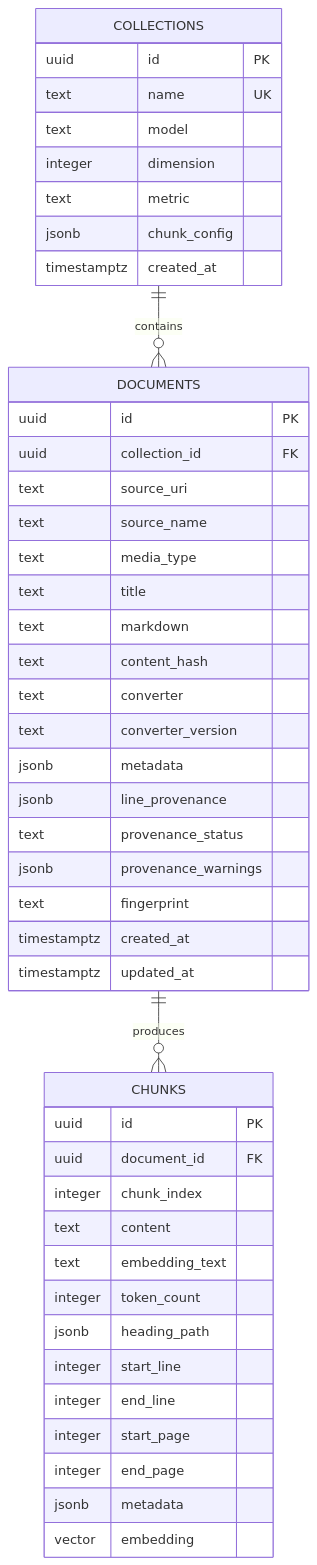
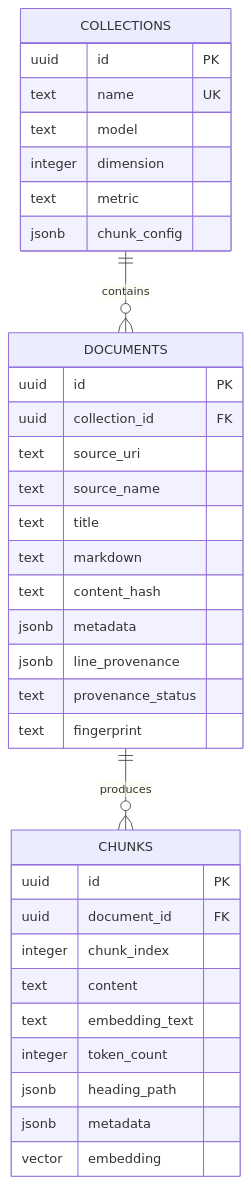
One commit to FranRguezCer/RAGLab changed the second of 4 diagrams in README.md. Above: the diagram before and after it, drawn with Mermaid. The commit also changed other lines of this file and 1 other file, not shown here.

````diff
--- a/README.md
+++ b/README.md
@@ -462,51 +65,37 @@
 ```mermaid
 erDiagram
     COLLECTIONS ||--o{ DOCUMENTS : contains
     DOCUMENTS ||--o{ CHUNKS : produces
-
     COLLECTIONS {
         uuid id PK
         text name UK
         text model
         integer dimension
         text metric
         jsonb chunk_config
-        timestamptz created_at
     }
-
     DOCUMENTS {
         uuid id PK
         uuid collection_id FK
         text source_uri
         text source_name
-        text media_type
         text title
         text markdown
         text content_hash
-        text converter
-        text converter_version
         jsonb metadata
         jsonb line_provenance
         text provenance_status
-        jsonb provenance_warnings
         text fingerprint
-        timestamptz created_at
-        timestamptz updated_at
     }
-
     CHUNKS {
         uuid id PK
         uuid document_id FK
         integer chunk_index
         text content
         text embedding_text
         integer token_count
         jsonb heading_path
-        integer start_line
-        integer end_line
-        integer start_page
-        integer end_page
         jsonb metadata
         vector embedding
     }
 ```
````
